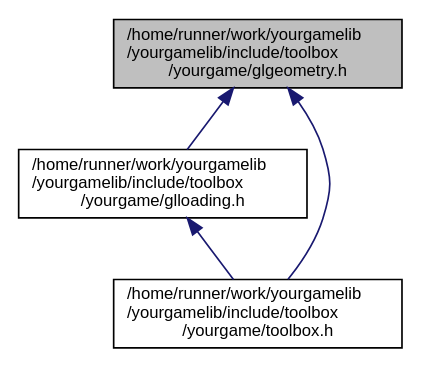
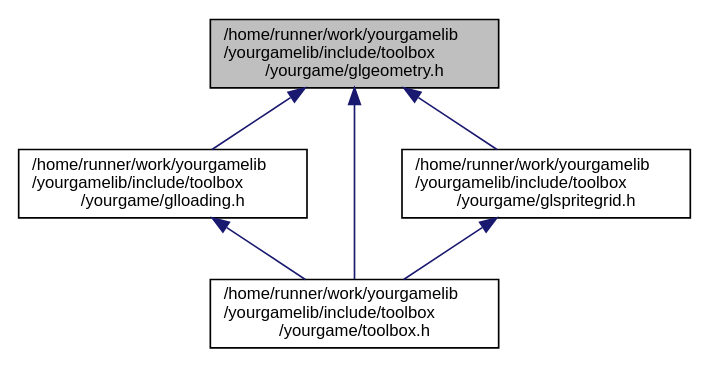
Before and after one commit to duddel/yourgamelib: the diagram in glgeometry_8h__dep__incl.dot, drawn with Graphviz. The commit also changed 64 other files, not shown here.

```diff
--- a/glgeometry_8h__dep__incl.dot
+++ b/glgeometry_8h__dep__incl.dot
@@ -1,11 +1,14 @@
 digraph "/home/runner/work/yourgamelib/yourgamelib/include/toolbox/yourgame/glgeometry.h"
 {
   edge [fontname="Helvetica",fontsize="10",labelfontname="Helvetica",labelfontsize="10"];
   node [fontname="Helvetica",fontsize="10",shape=record];
   Node7 [label="/home/runner/work/yourgamelib\l/yourgamelib/include/toolbox\l/yourgame/glgeometry.h",height=0.2,width=0.4,color="black", fillcolor="grey75", style="filled", fontcolor="black"];
   Node7 -> Node8 [dir="back",color="midnightblue",fontsize="10",style="solid",fontname="Helvetica"];
   Node8 [label="/home/runner/work/yourgamelib\l/yourgamelib/include/toolbox\l/yourgame/glloading.h",height=0.2,width=0.4,color="black", fillcolor="white", style="filled",URL="$glloading_8h.html"];
   Node8 -> Node9 [dir="back",color="midnightblue",fontsize="10",style="solid",fontname="Helvetica"];
   Node9 [label="/home/runner/work/yourgamelib\l/yourgamelib/include/toolbox\l/yourgame/toolbox.h",height=0.2,width=0.4,color="black", fillcolor="white", style="filled",URL="$toolbox_8h.html"];
+  Node7 -> Node10 [dir="back",color="midnightblue",fontsize="10",style="solid",fontname="Helvetica"];
+  Node10 [label="/home/runner/work/yourgamelib\l/yourgamelib/include/toolbox\l/yourgame/glspritegrid.h",height=0.2,width=0.4,color="black", fillcolor="white", style="filled",URL="$glspritegrid_8h.html"];
+  Node10 -> Node9 [dir="back",color="midnightblue",fontsize="10",style="solid",fontname="Helvetica"];
   Node7 -> Node9 [dir="back",color="midnightblue",fontsize="10",style="solid",fontname="Helvetica"];
 }
```
